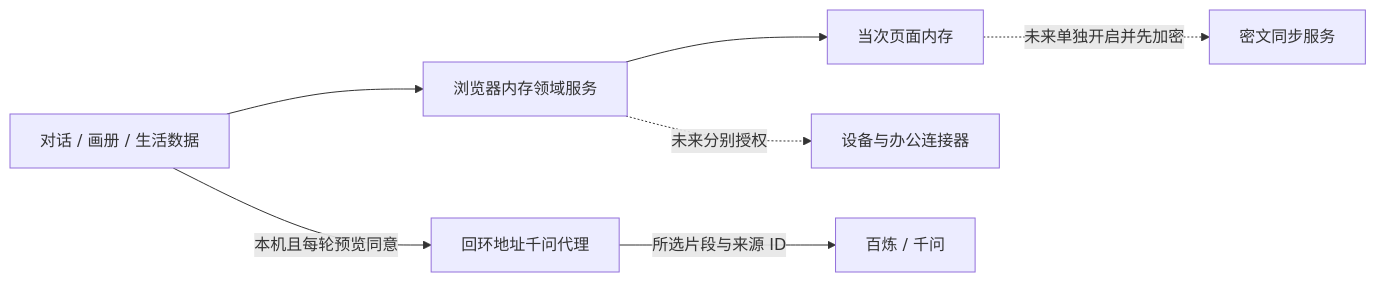
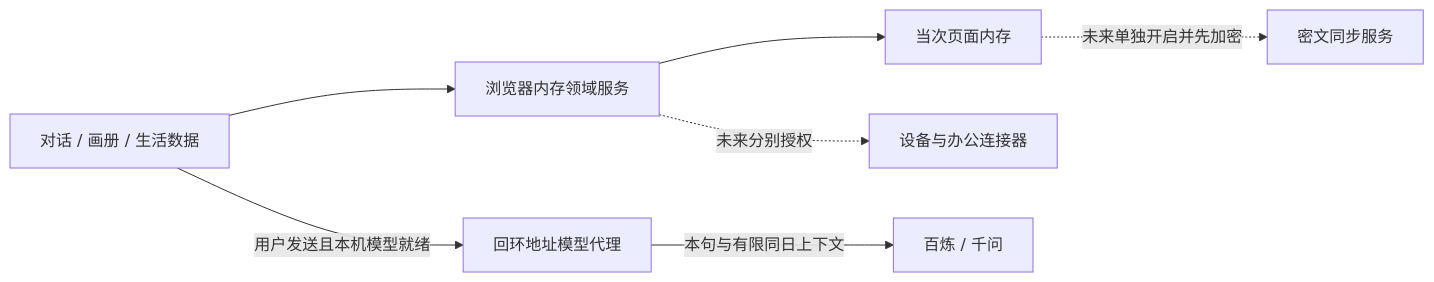
The diagram in docs/architecture/README.md (cyxhrh/soul-album), drawn with Mermaid before and after one commit. The commit also changed other lines of this file and 20 other files, not shown here.

````diff
--- a/docs/architecture/README.md
+++ b/docs/architecture/README.md
@@ -7,9 +7,9 @@
 ```mermaid
 flowchart LR
   UI[对话 / 画册 / 生活数据] --> D[浏览器内存领域服务]
   D --> L[当次页面内存]
-  UI -->|本机且每轮预览同意| P[回环地址千问代理]
-  P -->|所选片段与来源 ID| A[百炼 / 千问]
+  UI -->|用户发送且本机模型就绪| P[回环地址模型代理]
+  P -->|本句与有限同日上下文| A[百炼 / 千问]
   D -. 未来分别授权 .-> S[设备与办公连接器]
   L -. 未来单独开启并先加密 .-> C[密文同步服务]
 ```
````
